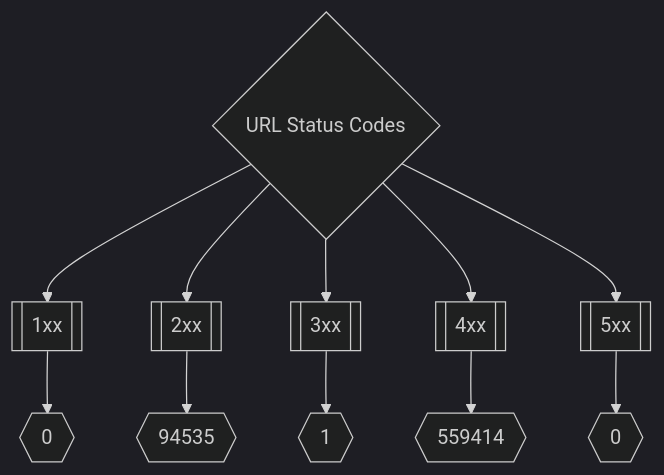
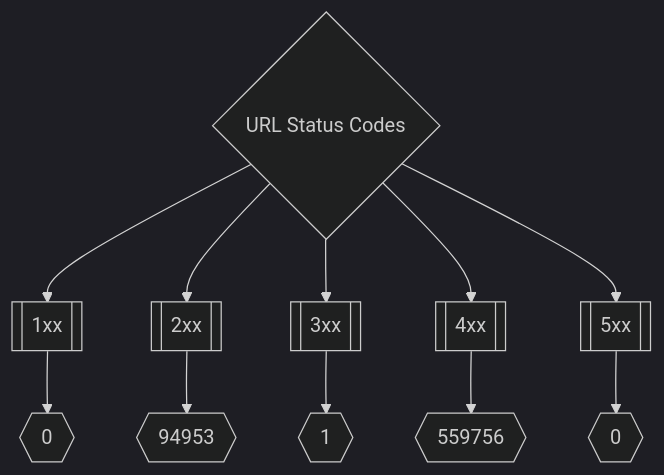
Before and after one commit to trickest/inventory: the second of 3 diagrams in README.md, drawn with Mermaid (dark theme). The commit also changed other lines of this file, not shown here.

Commit message:
Update README.md Sun Jul 10 21:31:47 UTC 2022

````diff
--- a/README.md
+++ b/README.md
@@ -175,8 +175,8 @@
 ```mermaid
 graph TD
 title{URL Status Codes} --> 1xx[[1xx]] --> status1xxNum{{0}}
-title --> 2xx[[2xx]] --> status2xxNum{{94535}}
+title --> 2xx[[2xx]] --> status2xxNum{{94953}}
 title --> 3xx[[3xx]] --> status3xxNum{{1}}
-title --> 4xx[[4xx]] --> status4xxNum{{559414}}
+title --> 4xx[[4xx]] --> status4xxNum{{559756}}
 title --> 5xx[[5xx]] --> status5xxNum{{0}}
 ```
````
